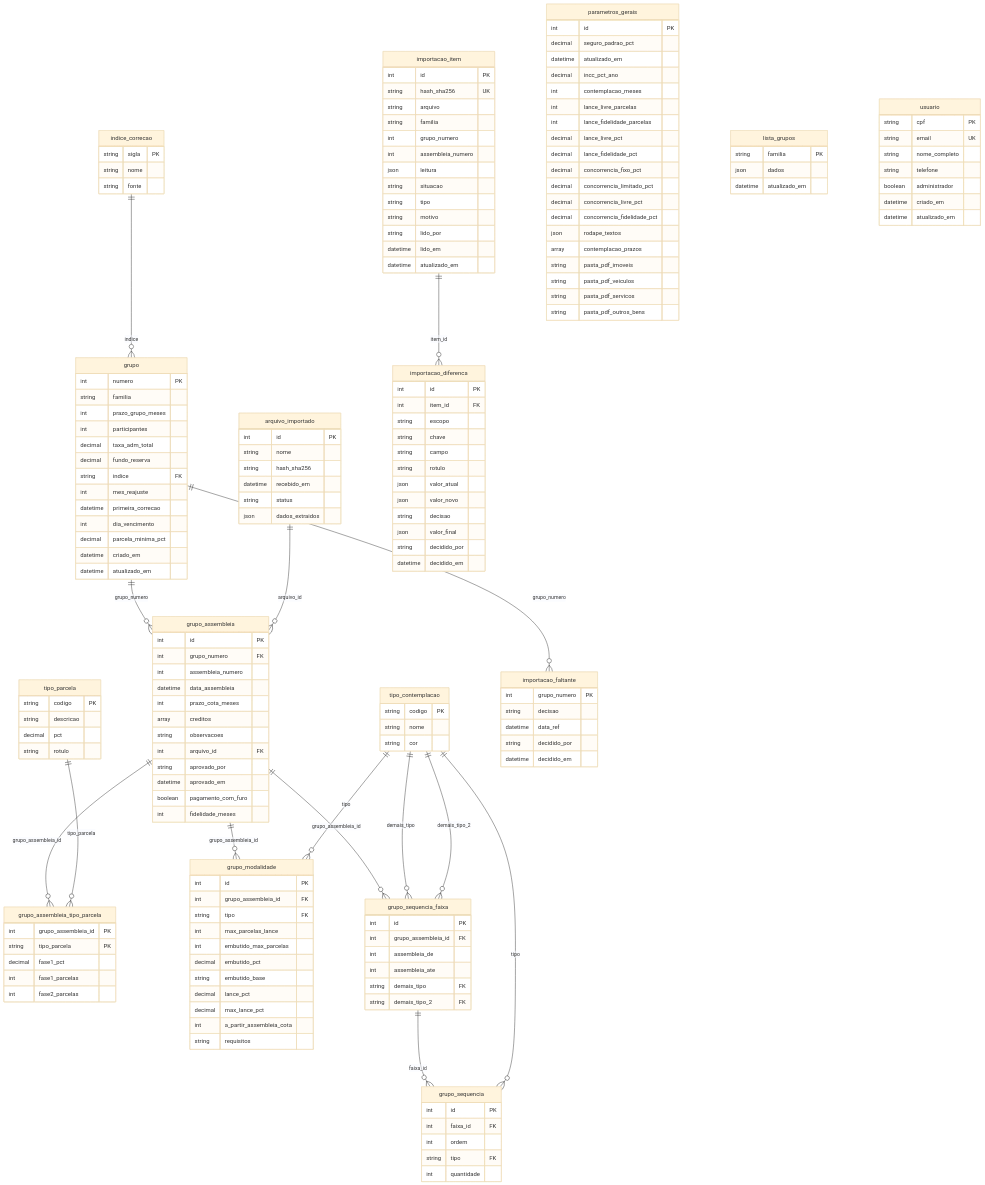
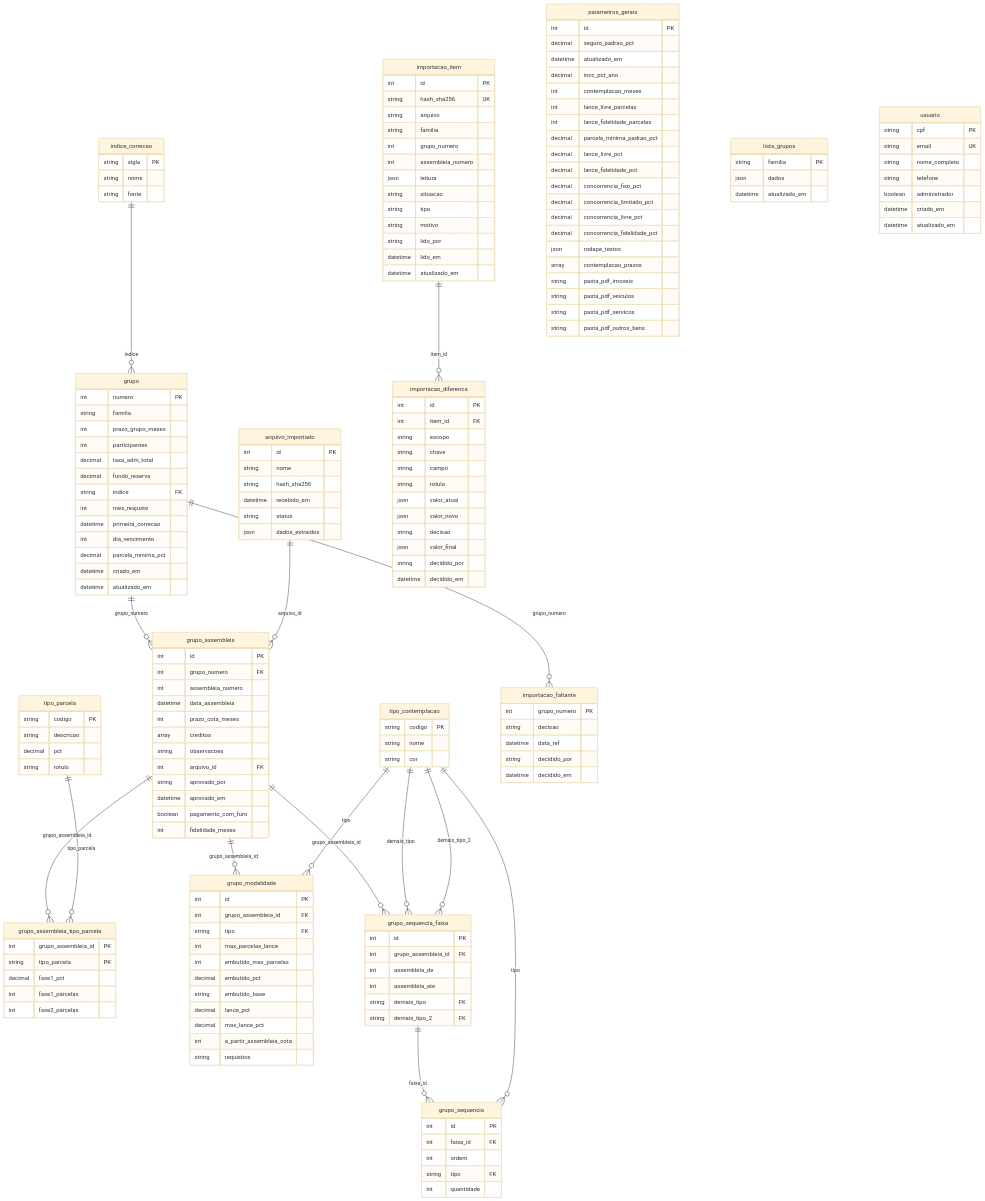
One commit to vladimic/dinastia changed the diagram in docs/modelo-de-dados.md. Above: the diagram before and after it, drawn with Mermaid (base theme). The commit also changed other lines of this file and 14 other files, not shown here.

```diff
--- a/docs/modelo-de-dados.md
+++ b/docs/modelo-de-dados.md
@@ -34,6 +34,7 @@
     int contemplacao_meses
     int lance_livre_parcelas
     int lance_fidelidade_parcelas
+    decimal parcela_minima_padrao_pct
     decimal lance_livre_pct
     decimal lance_fidelidade_pct
     decimal concorrencia_fixo_pct
```
